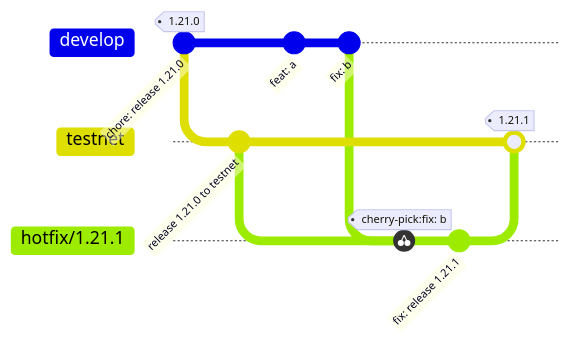
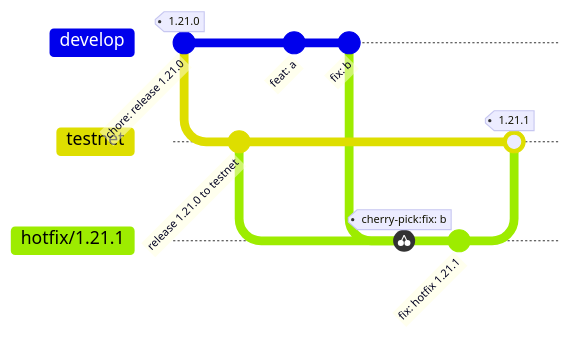
One commit to sig-net/mpc changed the second of 2 diagrams in doc/releasing.md. Above: the diagram before and after it, drawn with Mermaid. The commit also changed other lines of this file, not shown here.

Commit message:
docs: name the hotfix bump commit like the hotfix PR

````diff
--- a/doc/releasing.md
+++ b/doc/releasing.md
@@ -105,16 +105,16 @@
 ```mermaid
 %%{init: {'gitGraph': {'mainBranchName': 'develop'}}}%%
 gitGraph
     commit id: "chore: release 1.21.0" tag: "1.21.0"
     branch testnet
     commit id: "release 1.21.0 to testnet"
     checkout develop
     commit id: "feat: a"
     commit id: "fix: b"
     checkout testnet
     branch hotfix/1.21.1
     cherry-pick id: "fix: b"
-    commit id: "fix: release 1.21.1"
+    commit id: "fix: hotfix 1.21.1"
     checkout testnet
     merge hotfix/1.21.1 tag: "1.21.1"
 ```
````
